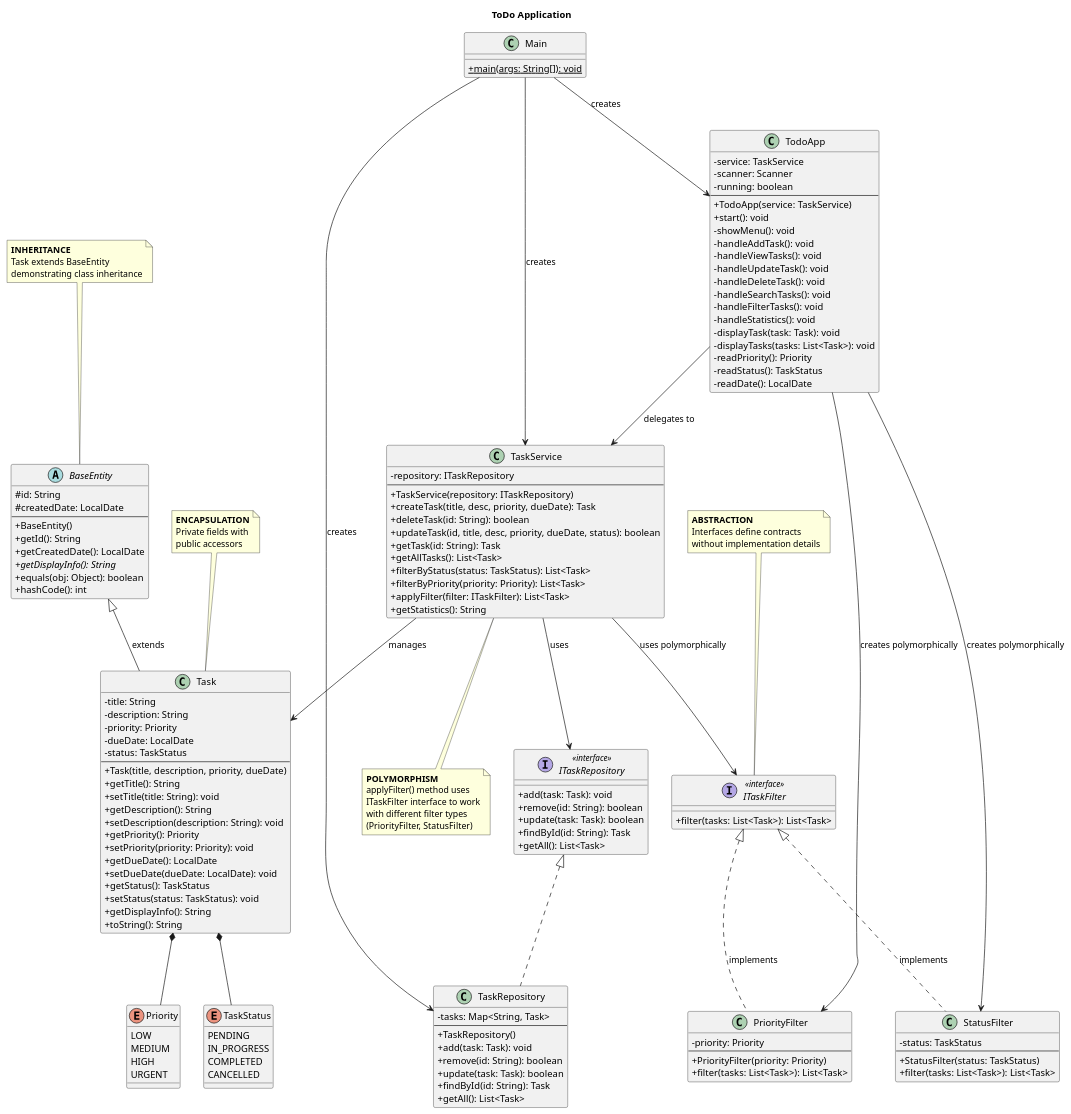
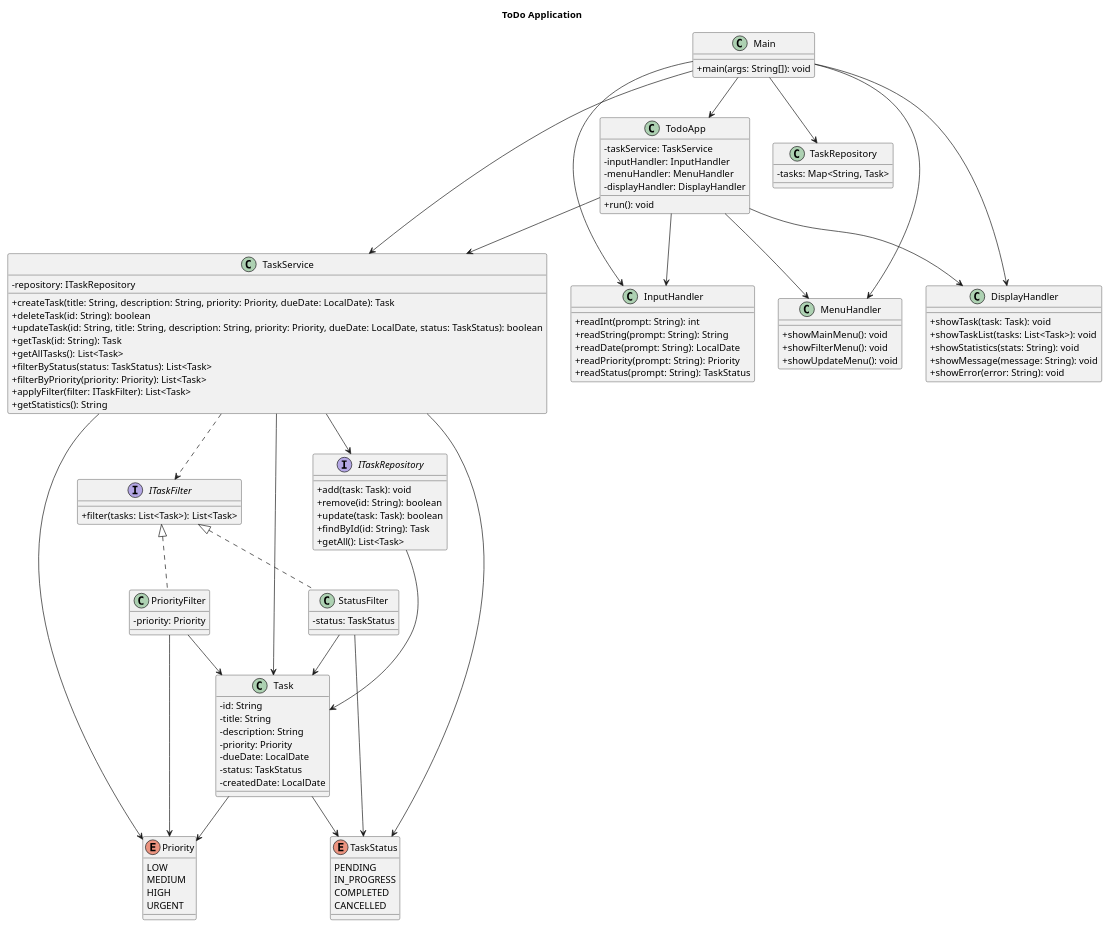
Before and after one commit to viterUA/OOAD-Group-Project-CA2: the diagram in todo_app.puml, drawn with PlantUML. The commit also changed 4 other files, not shown here.

Commit message:
TodoApp Class Refactoring

```diff
--- a/todo_app.puml
+++ b/todo_app.puml
@@ -1,168 +1,131 @@
-@startuml ToDo_Application_Architecture
+@startuml
 skinparam classAttributeIconSize 0
 
 title ToDo Application
-
 
 enum Priority {
   LOW
   MEDIUM
   HIGH
   URGENT
 }
 
 enum TaskStatus {
   PENDING
   IN_PROGRESS
   COMPLETED
   CANCELLED
 }
 
-abstract class BaseEntity {
-  # id: String
-  # createdDate: LocalDate
-  --
-  + BaseEntity()
-  + getId(): String
-  + getCreatedDate(): LocalDate
-  + {abstract} getDisplayInfo(): String
-  + equals(obj: Object): boolean
-  + hashCode(): int
-}
-
 class Task {
+  - id: String
   - title: String
   - description: String
   - priority: Priority
   - dueDate: LocalDate
   - status: TaskStatus
-  --
-  + Task(title, description, priority, dueDate)
-  + getTitle(): String
-  + setTitle(title: String): void
-  + getDescription(): String
-  + setDescription(description: String): void
-  + getPriority(): Priority
-  + setPriority(priority: Priority): void
-  + getDueDate(): LocalDate
-  + setDueDate(dueDate: LocalDate): void
-  + getStatus(): TaskStatus
-  + setStatus(status: TaskStatus): void
-  + getDisplayInfo(): String
-  + toString(): String
+  - createdDate: LocalDate
 }
 
-BaseEntity <|-- Task : extends
-Task *-- Priority
-Task *-- TaskStatus
-
-
-interface ITaskRepository <<interface>> {
+interface ITaskRepository {
   + add(task: Task): void
   + remove(id: String): boolean
   + update(task: Task): boolean
   + findById(id: String): Task
   + getAll(): List<Task>
 }
 
 class TaskRepository {
   - tasks: Map<String, Task>
-  --
-  + TaskRepository()
-  + add(task: Task): void
-  + remove(id: String): boolean
-  + update(task: Task): boolean
-  + findById(id: String): Task
-  + getAll(): List<Task>
 }
 
-ITaskRepository <|.. TaskRepository
-
-
-
-interface ITaskFilter <<interface>> {
+interface ITaskFilter {
   + filter(tasks: List<Task>): List<Task>
 }
 
 class PriorityFilter {
   - priority: Priority
-  --
-  + PriorityFilter(priority: Priority)
-  + filter(tasks: List<Task>): List<Task>
 }
 
 class StatusFilter {
   - status: TaskStatus
-  --
-  + StatusFilter(status: TaskStatus)
-  + filter(tasks: List<Task>): List<Task>
 }
-
-ITaskFilter <|.. PriorityFilter : implements
-ITaskFilter <|.. StatusFilter : implements
 
 class TaskService {
   - repository: ITaskRepository
-  --
-  + TaskService(repository: ITaskRepository)
-  + createTask(title, desc, priority, dueDate): Task
+  + createTask(title: String, description: String, priority: Priority, dueDate: LocalDate): Task
   + deleteTask(id: String): boolean
-  + updateTask(id, title, desc, priority, dueDate, status): boolean
+  + updateTask(id: String, title: String, description: String, priority: Priority, dueDate: LocalDate, status: TaskStatus): boolean
   + getTask(id: String): Task
   + getAllTasks(): List<Task>
   + filterByStatus(status: TaskStatus): List<Task>
   + filterByPriority(priority: Priority): List<Task>
   + applyFilter(filter: ITaskFilter): List<Task>
   + getStatistics(): String
 }
 
-TaskService --> ITaskRepository : uses
-TaskService --> Task : manages
-TaskService --> ITaskFilter : uses polymorphically
+class InputHandler {
+  + readInt(prompt: String): int
+  + readString(prompt: String): String
+  + readDate(prompt: String): LocalDate
+  + readPriority(prompt: String): Priority
+  + readStatus(prompt: String): TaskStatus
+}
 
+class MenuHandler {
+  + showMainMenu(): void
+  + showFilterMenu(): void
+  + showUpdateMenu(): void
+}
 
+class DisplayHandler {
+  + showTask(task: Task): void
+  + showTaskList(tasks: List<Task>): void
+  + showStatistics(stats: String): void
+  + showMessage(message: String): void
+  + showError(error: String): void
+}
 
 class TodoApp {
-  - service: TaskService
-  - scanner: Scanner
-  - running: boolean
-  --
-  + TodoApp(service: TaskService)
-  + start(): void
-  - showMenu(): void
-  - handleAddTask(): void
-  - handleViewTasks(): void
-  - handleUpdateTask(): void
-  - handleDeleteTask(): void
-  - handleSearchTasks(): void
-  - handleFilterTasks(): void
-  - handleStatistics(): void
-  - displayTask(task: Task): void
-  - displayTasks(tasks: List<Task>): void
-  - readPriority(): Priority
-  - readStatus(): TaskStatus
-  - readDate(): LocalDate
+  - taskService: TaskService
+  - inputHandler: InputHandler
+  - menuHandler: MenuHandler
+  - displayHandler: DisplayHandler
+  + run(): void
 }
 
-TodoApp --> TaskService : delegates to
-TodoApp --> PriorityFilter : creates polymorphically
-TodoApp --> StatusFilter : creates polymorphically
-
-
 class Main {
-  + {static} main(args: String[]): void
+  + main(args: String[]): void
 }
 
-Main --> TaskRepository : creates
-Main --> TaskService : creates
-Main --> TodoApp : creates
+Task --> Priority
+Task --> TaskStatus
 
-note top of BaseEntity : **INHERITANCE**\nTask extends BaseEntity\ndemonstrating class inheritance
+ITaskRepository --> Task
 
-note top of ITaskFilter : **ABSTRACTION**\nInterfaces define contracts\nwithout implementation details
+ITaskFilter <|.. PriorityFilter
+ITaskFilter <|.. StatusFilter
+PriorityFilter --> Priority
+StatusFilter --> TaskStatus
+PriorityFilter --> Task
+StatusFilter --> Task
 
-note top of Task : **ENCAPSULATION**\nPrivate fields with\npublic accessors
+TaskService --> ITaskRepository
+TaskService --> Task
+TaskService --> Priority
+TaskService --> TaskStatus
+TaskService ..> ITaskFilter
 
-note bottom of TaskService : **POLYMORPHISM**\napplyFilter() method uses\nITaskFilter interface to work\nwith different filter types\n(PriorityFilter, StatusFilter)
+TodoApp --> TaskService
+TodoApp --> InputHandler
+TodoApp --> MenuHandler
+TodoApp --> DisplayHandler
+
+Main --> TaskRepository
+Main --> TaskService
+Main --> InputHandler
+Main --> MenuHandler
+Main --> DisplayHandler
+Main --> TodoApp
 
 @enduml
```
